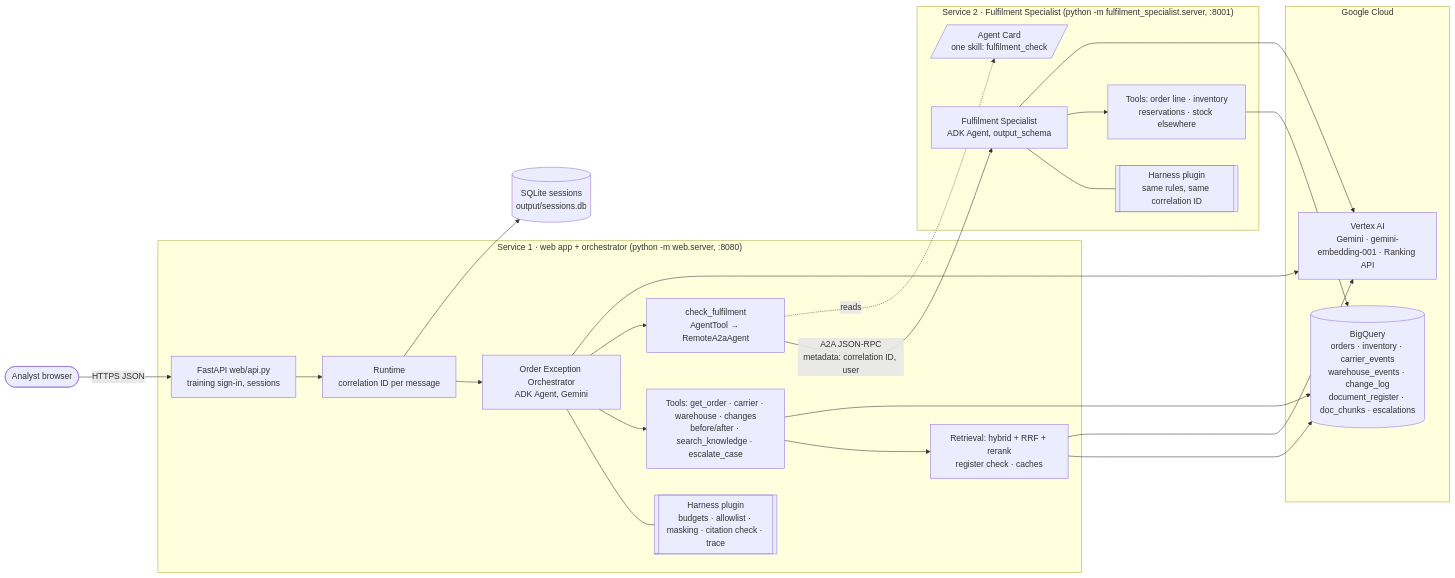
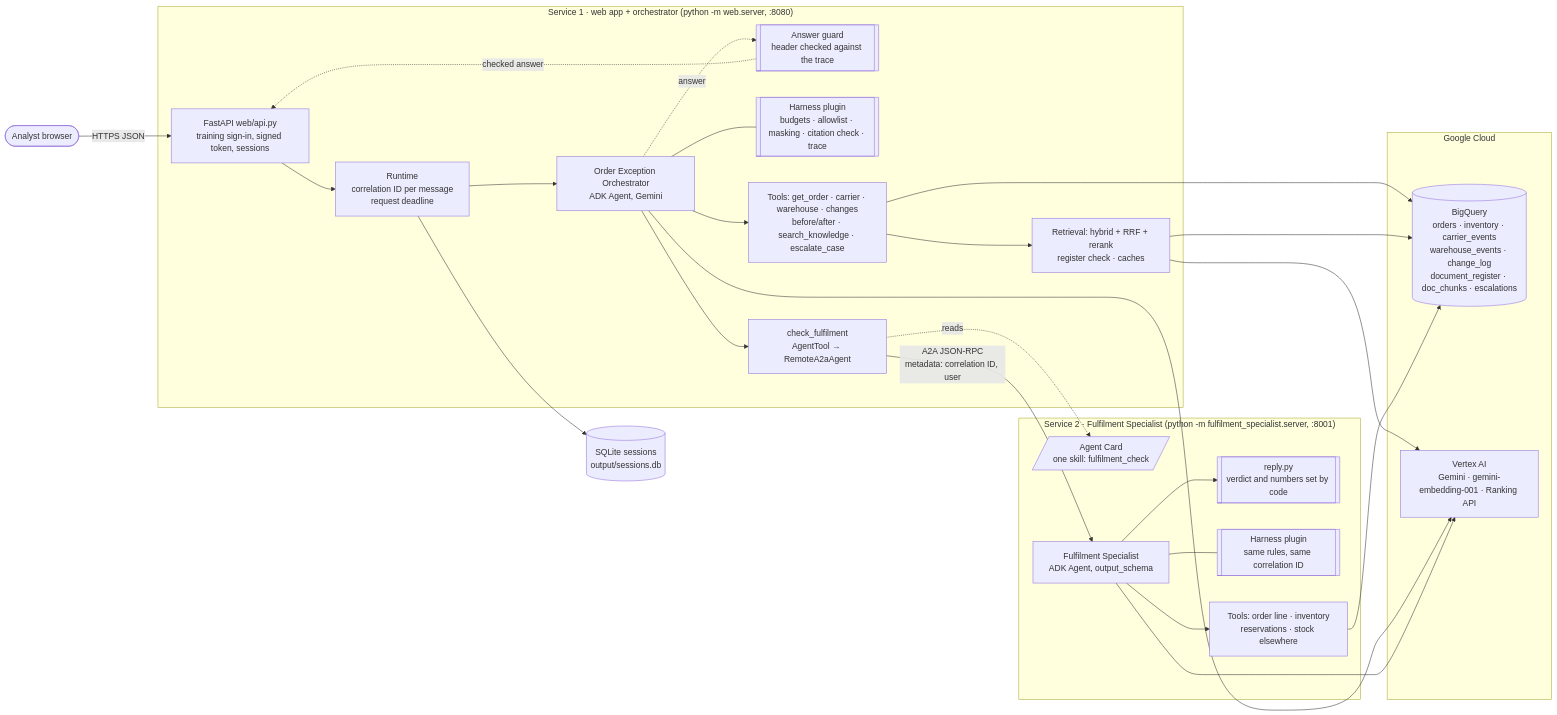
The first of 3 diagrams in 1_Basic/session-20-5thNov-Capstone-1/capstone/capstone-submissions/architecture.md (vikassingh0593/GCP_FDE), drawn with Mermaid before and after one commit. The commit also changed other lines of this file and 51 other files, not shown here.

````diff
--- a/1_Basic/session-20-5thNov-Capstone-1/capstone/capstone-submissions/architecture.md
+++ b/1_Basic/session-20-5thNov-Capstone-1/capstone/capstone-submissions/architecture.md
@@ -11,43 +11,47 @@
 ```mermaid
 flowchart LR
     analyst([Analyst browser]) -->|HTTPS JSON| web
 
     subgraph svc1["Service 1 · web app + orchestrator  (python -m web.server, :8080)"]
-        web[FastAPI web/api.py<br/>training sign-in, sessions]
-        rt[Runtime<br/>correlation ID per message]
+        web[FastAPI web/api.py<br/>training sign-in, signed token, sessions]
+        rt[Runtime<br/>correlation ID per message<br/>request deadline]
+        guard[[Answer guard<br/>header checked against the trace]]
         orch[Order Exception Orchestrator<br/>ADK Agent, Gemini]
         h1[[Harness plugin<br/>budgets · allowlist · masking · citation check · trace]]
         tools[Tools: get_order · carrier · warehouse · changes<br/>before/after · search_knowledge · escalate_case]
         ret[Retrieval: hybrid + RRF + rerank<br/>register check · caches]
         a2ac[check_fulfilment<br/>AgentTool → RemoteA2aAgent]
         web --> rt --> orch
+        orch -. answer .-> guard -. checked answer .-> web
         orch --- h1
         orch --> tools --> ret
         orch --> a2ac
     end
 
     subgraph svc2["Service 2 · Fulfilment Specialist  (python -m fulfilment_specialist.server, :8001)"]
         card[/Agent Card<br/>one skill: fulfilment_check/]
         spec[Fulfilment Specialist<br/>ADK Agent, output_schema]
+        reply[[reply.py<br/>verdict and numbers set by code]]
         h2[[Harness plugin<br/>same rules, same correlation ID]]
         stools[Tools: order line · inventory<br/>reservations · stock elsewhere]
         spec --- h2
         spec --> stools
+        spec --> reply
     end
 
     a2ac -->|A2A JSON-RPC<br/>metadata: correlation ID, user| spec
     a2ac -.->|reads| card
 
     subgraph gcp["Google Cloud"]
         bq[(BigQuery<br/>orders · inventory · carrier_events<br/>warehouse_events · change_log<br/>document_register · doc_chunks · escalations)]
         gem[Vertex AI<br/>Gemini · gemini-embedding-001 · Ranking API]
     end
 
     tools --> bq
     ret --> bq
     ret --> gem
     stools --> bq
     orch --> gem
     spec --> gem
     rt --> db[(SQLite sessions<br/>output/sessions.db)]
 ```
````
